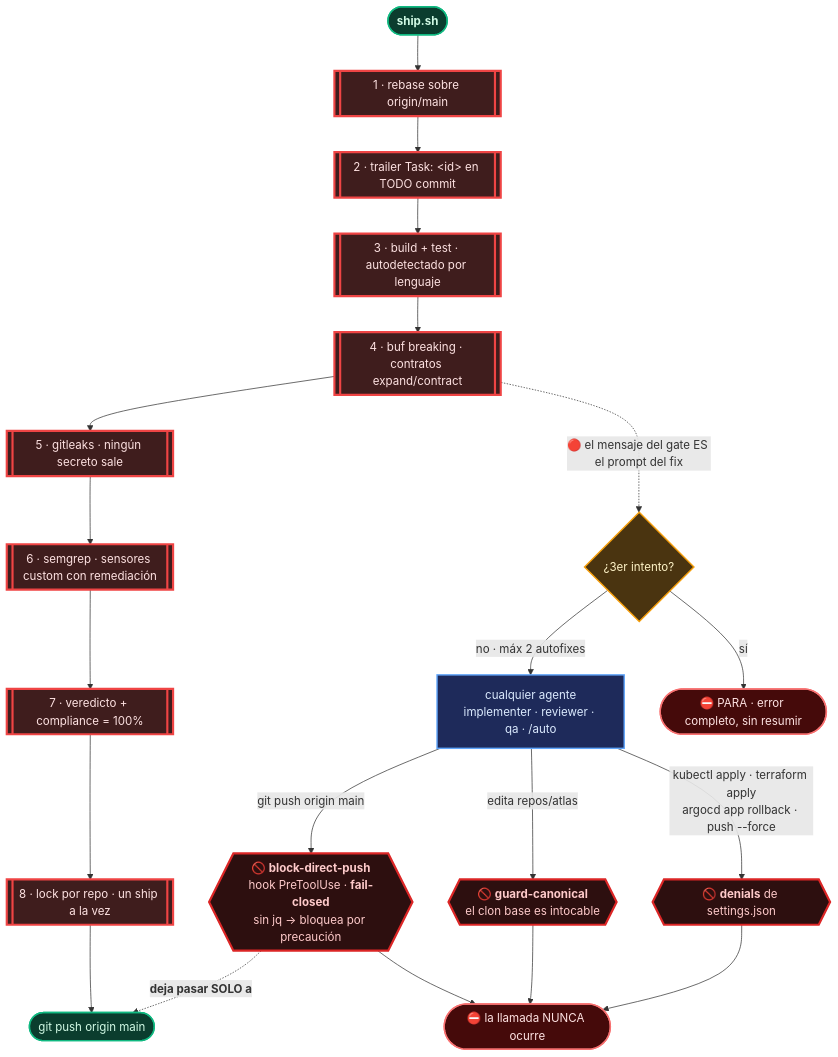
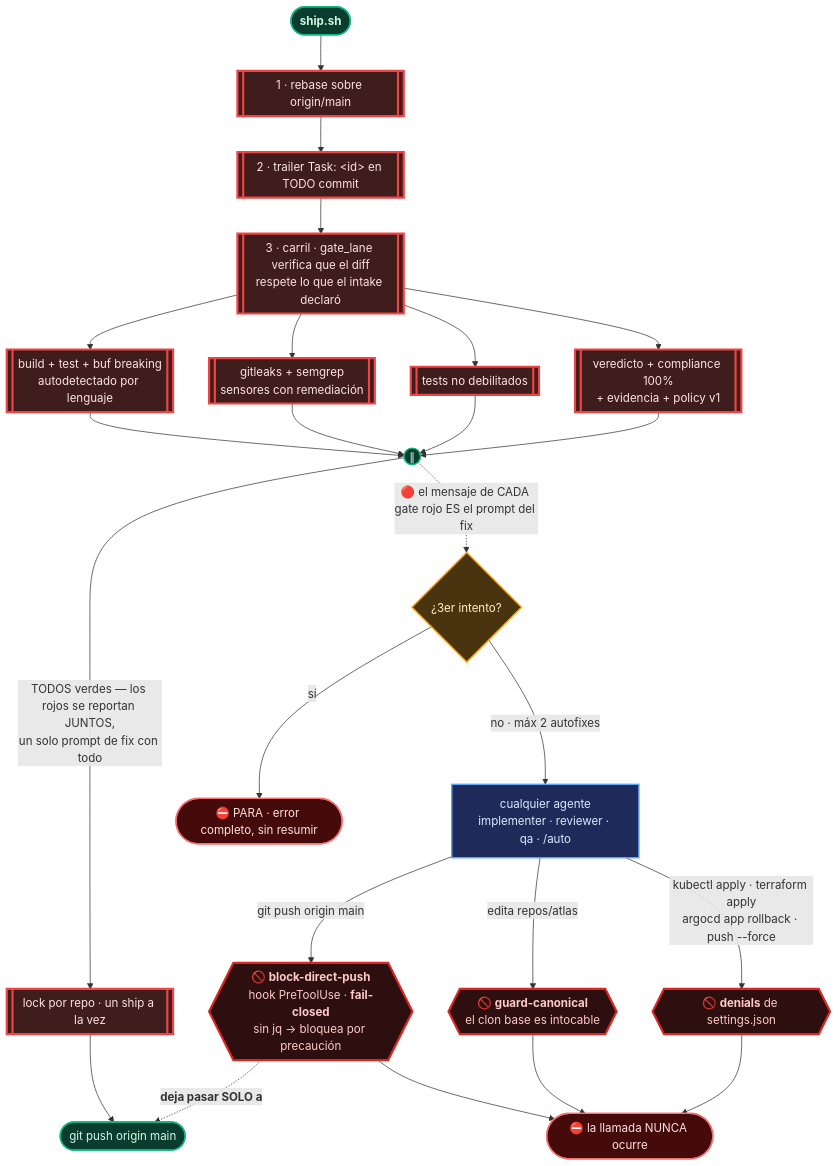
The fifth of 7 diagrams in README.md (andresgarcia29/harness-creator), drawn with Mermaid before and after one commit. The commit also changed other lines of this file and 1 other file, not shown here.

First line of the commit message:
docs: README con carriles/modelos/multi-herramienta + registro completo en la tabla de generación

````diff
--- a/README.md
+++ b/README.md
@@ -345,30 +374,34 @@
 ```mermaid
 flowchart TD
   A["cualquier agente<br/>implementer · reviewer · qa · /auto"]:::agent -->|"git push origin main"| H1{{"🚫 <b>block-direct-push</b><br/>hook PreToolUse · <b>fail-closed</b><br/>sin jq → bloquea por precaución"}}:::hook
   A -->|"edita repos/atlas"| H2{{"🚫 <b>guard-canonical</b><br/>el clon base es intocable"}}:::hook
   A -->|"kubectl apply · terraform apply<br/>argocd app rollback · push --force"| H3{{"🚫 <b>denials</b> de settings.json"}}:::hook
   H1 --> X(["⛔ la llamada NUNCA ocurre"]):::stop
   H2 --> X
   H3 --> X
 
   SH(["<b>ship.sh</b>"]):::script --> G1[["1 · rebase sobre origin/main"]]:::gate
   G1 --> G2[["2 · trailer Task: &lt;id&gt; en TODO commit"]]:::gate
-  G2 --> G3[["3 · build + test · autodetectado por lenguaje"]]:::gate
-  G3 --> G4[["4 · buf breaking · contratos expand/contract"]]:::gate
-  G4 --> G5[["5 · gitleaks · ningún secreto sale"]]:::gate
-  G5 --> G6[["6 · semgrep · sensores custom con remediación"]]:::gate
-  G6 --> G7[["7 · veredicto + compliance = 100%"]]:::gate
-  G7 --> G8[["8 · lock por repo · un ship a la vez"]]:::gate
+  G2 --> GL[["3 · carril · gate_lane verifica que el diff<br/>respete lo que el intake declaró"]]:::gate
+  GL --> G3[["build + test + buf breaking<br/>autodetectado por lenguaje"]]:::gate
+  GL --> G5[["gitleaks + semgrep<br/>sensores con remediación"]]:::gate
+  GL --> GT[["tests no debilitados"]]:::gate
+  GL --> G7[["veredicto + compliance 100%<br/>+ evidencia + policy v1"]]:::gate
+  G3 --> J(("∥")):::script
+  G5 --> J
+  GT --> J
+  G7 --> J
+  J -->|"TODOS verdes — los rojos se reportan JUNTOS,<br/>un solo prompt de fix con todo"| G8[["lock por repo · un ship a la vez"]]:::gate
   G8 --> P(["git push origin main"]):::script
   H1 -.->|"<b>deja pasar SOLO a</b>"| P
-  G4 -.->|"🔴 el mensaje del gate ES el prompt del fix"| F{"¿3er intento?"}:::dec
+  J -.->|"🔴 el mensaje de CADA gate rojo ES el prompt del fix"| F{"¿3er intento?"}:::dec
   F -->|"no · máx 2 autofixes"| A
   F -->|"sí"| ST(["⛔ PARA · error completo, sin resumir"]):::stop
 
 classDef agent fill:#1e2a5a,stroke:#60a5fa,stroke-width:2px,color:#dbeafe
 classDef dec fill:#4a3410,stroke:#f59e0b,stroke-width:2px,color:#fef3c7
 classDef gate fill:#3f1d1d,stroke:#ef4444,stroke-width:3px,color:#fee2e2
 classDef hook fill:#2d0f0f,stroke:#dc2626,stroke-width:3px,color:#fecaca
 classDef stop fill:#450a0a,stroke:#f87171,stroke-width:2px,color:#fee2e2
 classDef script fill:#0b3d2e,stroke:#10b981,stroke-width:2px,color:#d1fae5
 ```
````
